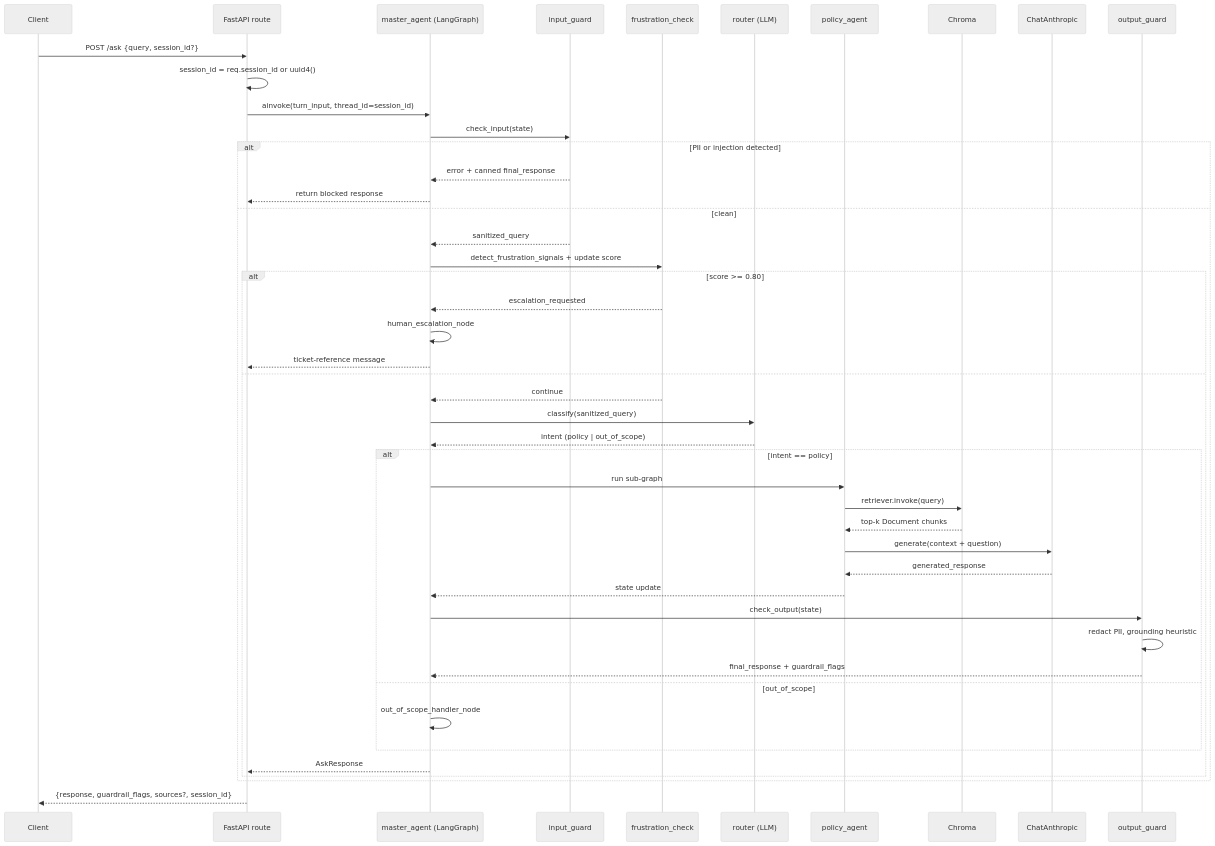
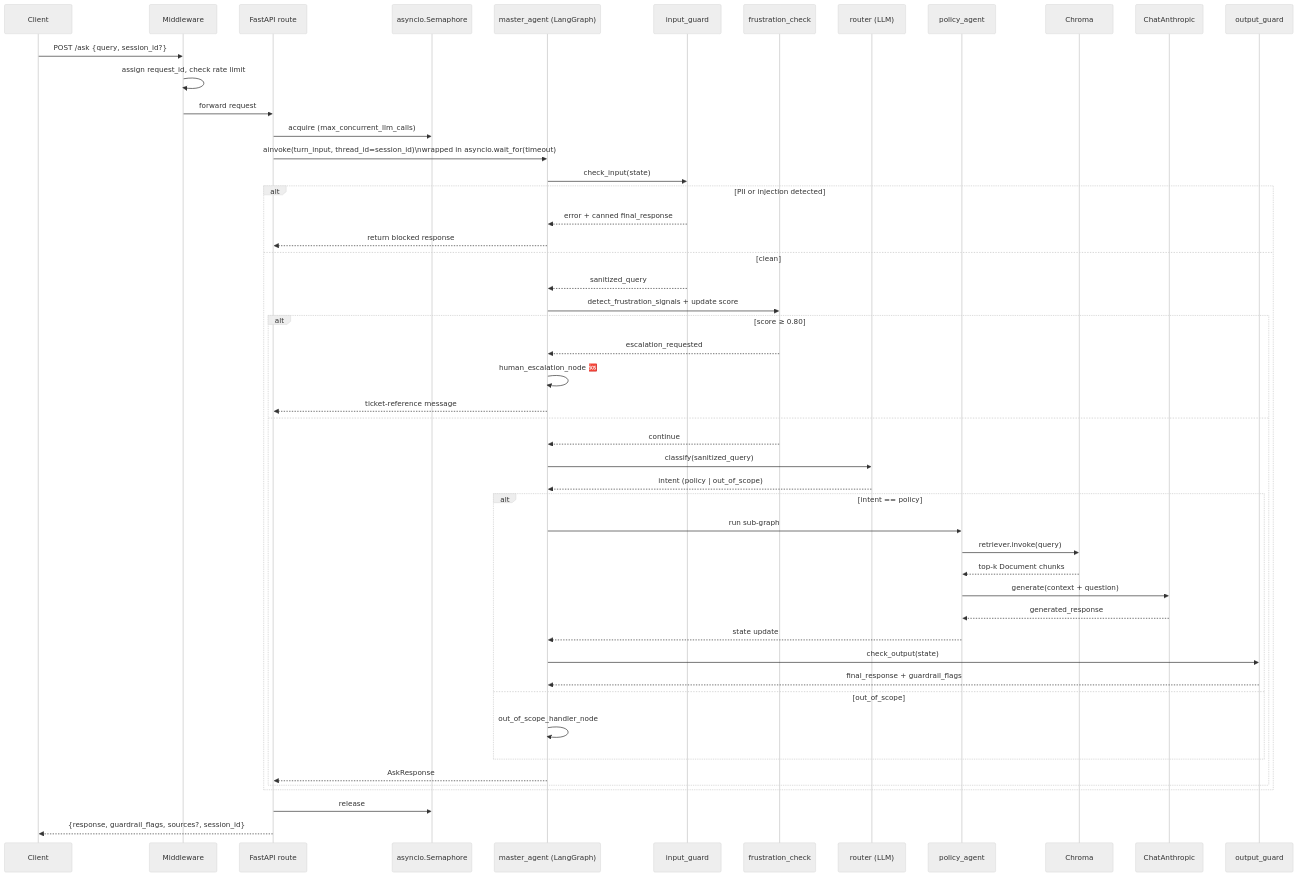
One commit to Aniket762/ragent changed the second of 6 diagrams in README.md. Above: the diagram before and after it, drawn with Mermaid (neutral theme). The commit also changed other lines of this file, not shown here.

Commit message:
docs: design decisions + graphics - sonnet

````diff
--- a/README.md
+++ b/README.md
@@ -88,49 +131,53 @@
 ```mermaid
 sequenceDiagram
     participant C as Client
+    participant MW as Middleware
     participant API as FastAPI route
+    participant SEM as asyncio.Semaphore
     participant G as master_agent (LangGraph)
     participant IG as input_guard
     participant FR as frustration_check
     participant RT as router (LLM)
     participant PA as policy_agent
     participant VS as Chroma
     participant LLM as ChatAnthropic
     participant OG as output_guard
 
-    C->>API: POST /ask {query, session_id?}
-    API->>API: session_id = req.session_id or uuid4()
-    API->>G: ainvoke(turn_input, thread_id=session_id)
+    C->>MW: POST /ask {query, session_id?}
+    MW->>MW: assign request_id, check rate limit
+    MW->>API: forward request
+    API->>SEM: acquire (max_concurrent_llm_calls)
+    API->>G: ainvoke(turn_input, thread_id=session_id)\nwrapped in asyncio.wait_for(timeout)
     G->>IG: check_input(state)
     alt PII or injection detected
         IG-->>G: error + canned final_response
         G-->>API: return blocked response
     else clean
         IG-->>G: sanitized_query
         G->>FR: detect_frustration_signals + update score
-        alt score >= 0.80
+        alt score ≥ 0.80
             FR-->>G: escalation_requested
-            G->>G: human_escalation_node
+            G->>G: human_escalation_node 🆘
             G-->>API: ticket-reference message
         else
             FR-->>G: continue
             G->>RT: classify(sanitized_query)
             RT-->>G: intent (policy | out_of_scope)
             alt intent == policy
                 G->>PA: run sub-graph
                 PA->>VS: retriever.invoke(query)
                 VS-->>PA: top-k Document chunks
                 PA->>LLM: generate(context + question)
                 LLM-->>PA: generated_response
                 PA-->>G: state update
                 G->>OG: check_output(state)
-                OG->>OG: redact PII, grounding heuristic
                 OG-->>G: final_response + guardrail_flags
             else out_of_scope
                 G->>G: out_of_scope_handler_node
             end
             G-->>API: AskResponse
         end
     end
+    API->>SEM: release
     API-->>C: {response, guardrail_flags, sources?, session_id}
 ```
````
